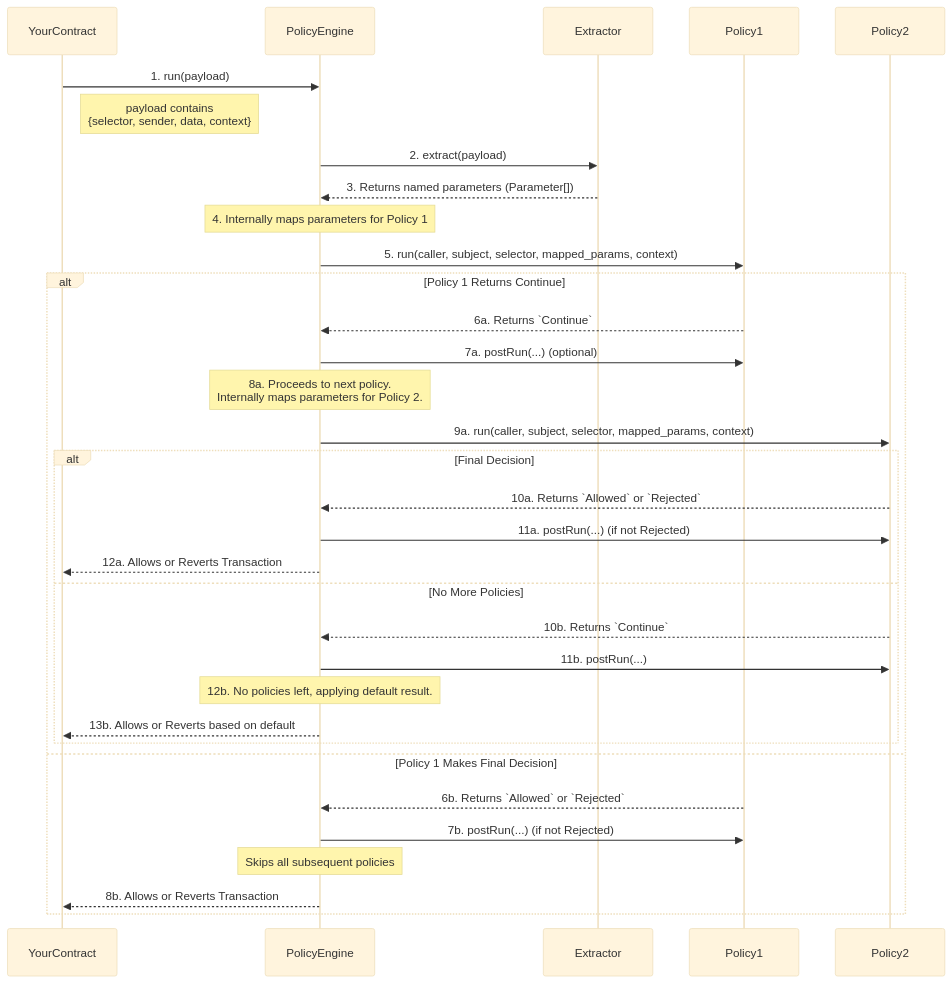
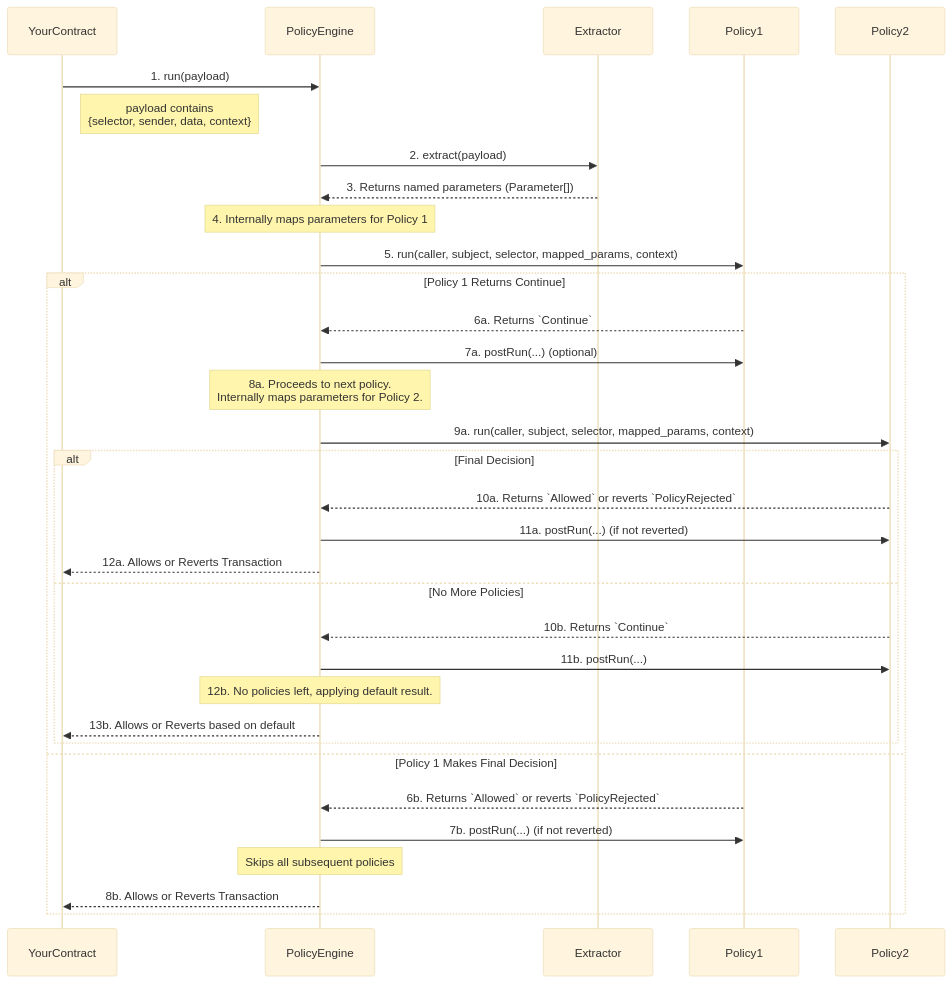
The diagram in packages/policy-management/docs/CONCEPTS.md (yosrahelal/chainlink-ace-tests), drawn with Mermaid (base theme) before and after one commit. The commit also changed other lines of this file and 69 other files, not shown here.

````diff
--- a/packages/policy-management/docs/CONCEPTS.md
+++ b/packages/policy-management/docs/CONCEPTS.md
@@ -39,42 +39,42 @@
 ```mermaid
 sequenceDiagram
     participant YourContract
     participant PolicyEngine
     participant Extractor
     participant Policy1
     participant Policy2
 
     YourContract->>PolicyEngine: 1. run(payload)
     Note right of YourContract: payload contains<br/>{selector, sender, data, context}
 
     PolicyEngine->>Extractor: 2. extract(payload)
     Extractor-->>PolicyEngine: 3. Returns named parameters (Parameter[])
 
     Note over PolicyEngine: 4. Internally maps parameters for Policy 1
     PolicyEngine->>Policy1: 5. run(caller, subject, selector, mapped_params, context)
 
     alt Policy 1 Returns Continue
         Policy1-->>PolicyEngine: 6a. Returns `Continue`
         PolicyEngine->>Policy1: 7a. postRun(...) (optional)
 
         Note over PolicyEngine: 8a. Proceeds to next policy.<br/>Internally maps parameters for Policy 2.
         PolicyEngine->>Policy2: 9a. run(caller, subject, selector, mapped_params, context)
 
         alt Final Decision
-            Policy2-->>PolicyEngine: 10a. Returns `Allowed` or `Rejected`
-            PolicyEngine->>Policy2: 11a. postRun(...) (if not Rejected)
+            Policy2-->>PolicyEngine: 10a. Returns `Allowed` or reverts `PolicyRejected`
+            PolicyEngine->>Policy2: 11a. postRun(...) (if not reverted)
             PolicyEngine-->>YourContract: 12a. Allows or Reverts Transaction
         else No More Policies
              Policy2-->>PolicyEngine: 10b. Returns `Continue`
              PolicyEngine->>Policy2: 11b. postRun(...)
              Note over PolicyEngine: 12b. No policies left, applying default result.
              PolicyEngine-->>YourContract: 13b. Allows or Reverts based on default
         end
 
     else Policy 1 Makes Final Decision
-        Policy1-->>PolicyEngine: 6b. Returns `Allowed` or `Rejected`
-        PolicyEngine->>Policy1: 7b. postRun(...) (if not Rejected)
+        Policy1-->>PolicyEngine: 6b. Returns `Allowed` or reverts `PolicyRejected`
+        PolicyEngine->>Policy1: 7b. postRun(...) (if not reverted)
         Note over PolicyEngine: Skips all subsequent policies
         PolicyEngine-->>YourContract: 8b. Allows or Reverts Transaction
     end
 ```
````
